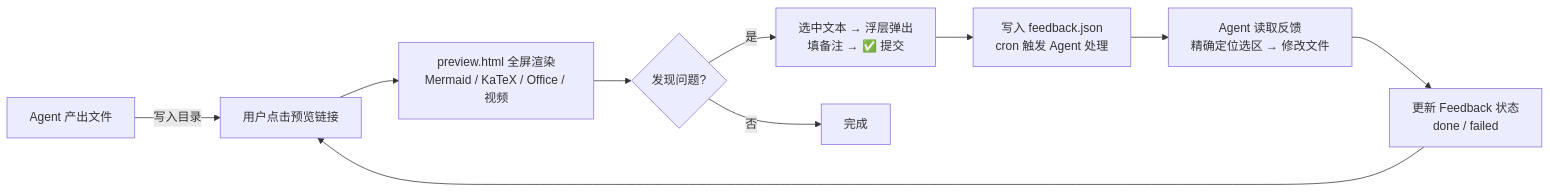
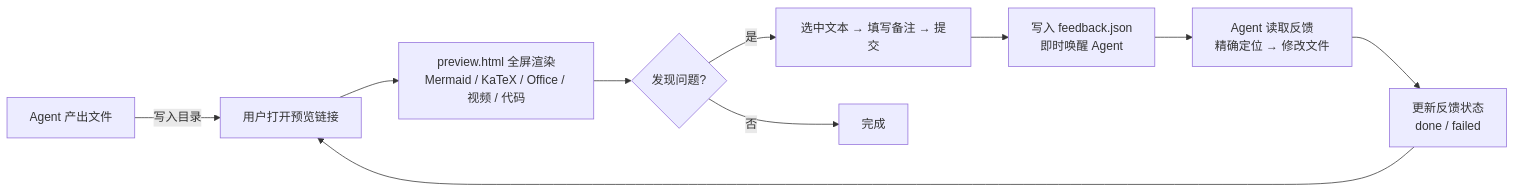
The first of 3 diagrams in README.md (updatedb/clawmate), drawn with Mermaid before and after one commit. The commit also changed other lines of this file and 5 other files, not shown here.

First line of the commit message:
docs: 全面重写 README（截图/功能/部署/配置）+ 更新 skill

````diff
--- a/README.md
+++ b/README.md
@@ -25,12 +25,12 @@
 ```mermaid
 flowchart LR
-    A[Agent 产出文件] -->|写入目录| B[用户点击预览链接]
-    B --> C[preview.html 全屏渲染<br>Mermaid / KaTeX / Office / 视频]
+    A[Agent 产出文件] -->|写入目录| B[用户打开预览链接]
+    B --> C[preview.html 全屏渲染<br>Mermaid / KaTeX / Office / 视频 / 代码]
     C --> D{发现问题?}
-    D -->|是| E[选中文本 → 浮层弹出<br>填备注 → ✅ 提交]
-    E --> F[写入 feedback.json<br>cron 触发 Agent 处理]
-    F --> G[Agent 读取反馈<br>精确定位选区 → 修改文件]
-    G --> H[更新 Feedback 状态<br>done / failed]
+    D -->|是| E[选中文本 → 填写备注 → 提交]
+    E --> F[写入 feedback.json<br>即时唤醒 Agent]
+    F --> G[Agent 读取反馈<br>精确定位 → 修改文件]
+    G --> H[更新反馈状态<br>done / failed]
     H --> B
     D -->|否| I[完成]
 ```
````
